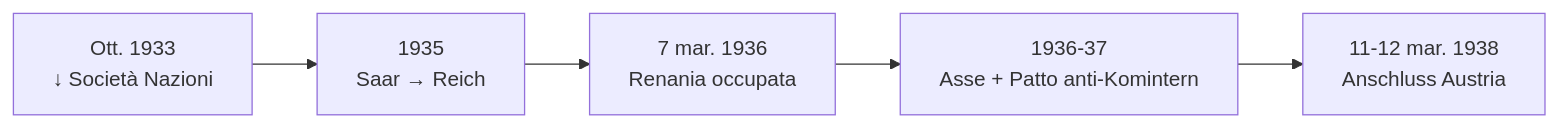
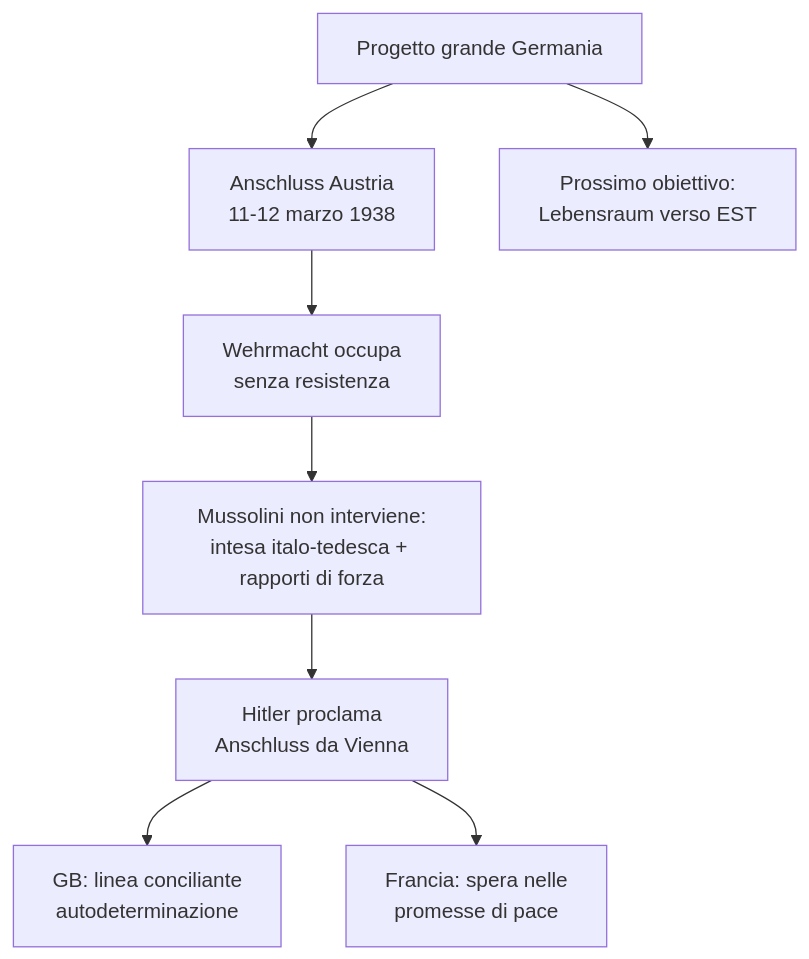
The ninth of 10 diagrams in storia/materiale/studio/capitolo_3.11_studio.md (riccardo-algorime/appunti-5Bsa), drawn with Mermaid before and after one commit. The commit also changed other lines of this file and 5 other files, not shown here.

````diff
--- a/storia/materiale/studio/capitolo_3.11_studio.md
+++ b/storia/materiale/studio/capitolo_3.11_studio.md
@@ -503,7 +368,10 @@
 ```mermaid
-flowchart LR
-    A["Ott. 1933<br/>↓ Società Nazioni"] --> B["1935<br/>Saar → Reich"]
-    B --> C["7 mar. 1936<br/>Renania occupata"]
-    C --> D["1936-37<br/>Asse + Patto anti-Komintern"]
-    D --> E["11-12 mar. 1938<br/>Anschluss Austria"]
+flowchart TD
+    A[Progetto grande Germania] --> B[Anschluss Austria<br/>11-12 marzo 1938]
+    B --> C[Wehrmacht occupa<br/>senza resistenza]
+    C --> D[Mussolini non interviene:<br/>intesa italo-tedesca + rapporti di forza]
+    D --> E[Hitler proclama<br/>Anschluss da Vienna]
+    E --> F[GB: linea conciliante<br/>autodeterminazione]
+    E --> G[Francia: spera nelle<br/>promesse di pace]
+    A --> H[Prossimo obiettivo:<br/>Lebensraum verso EST]
 ```
````
